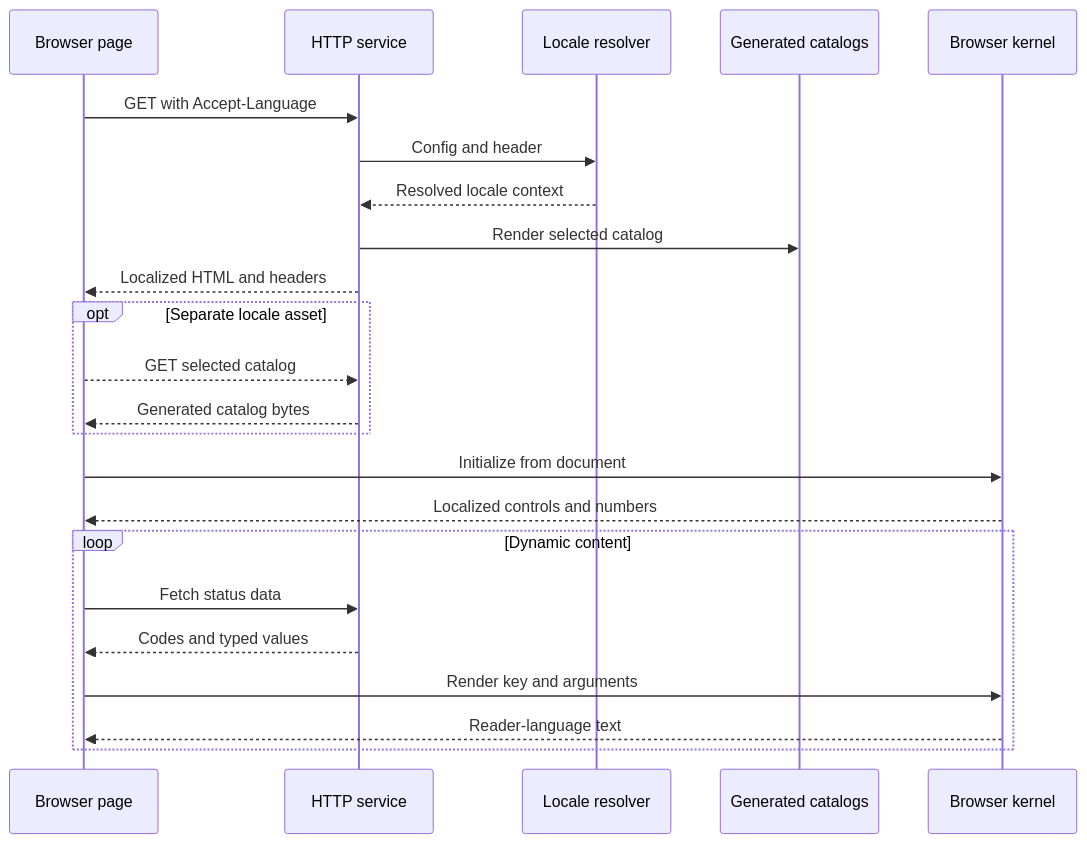
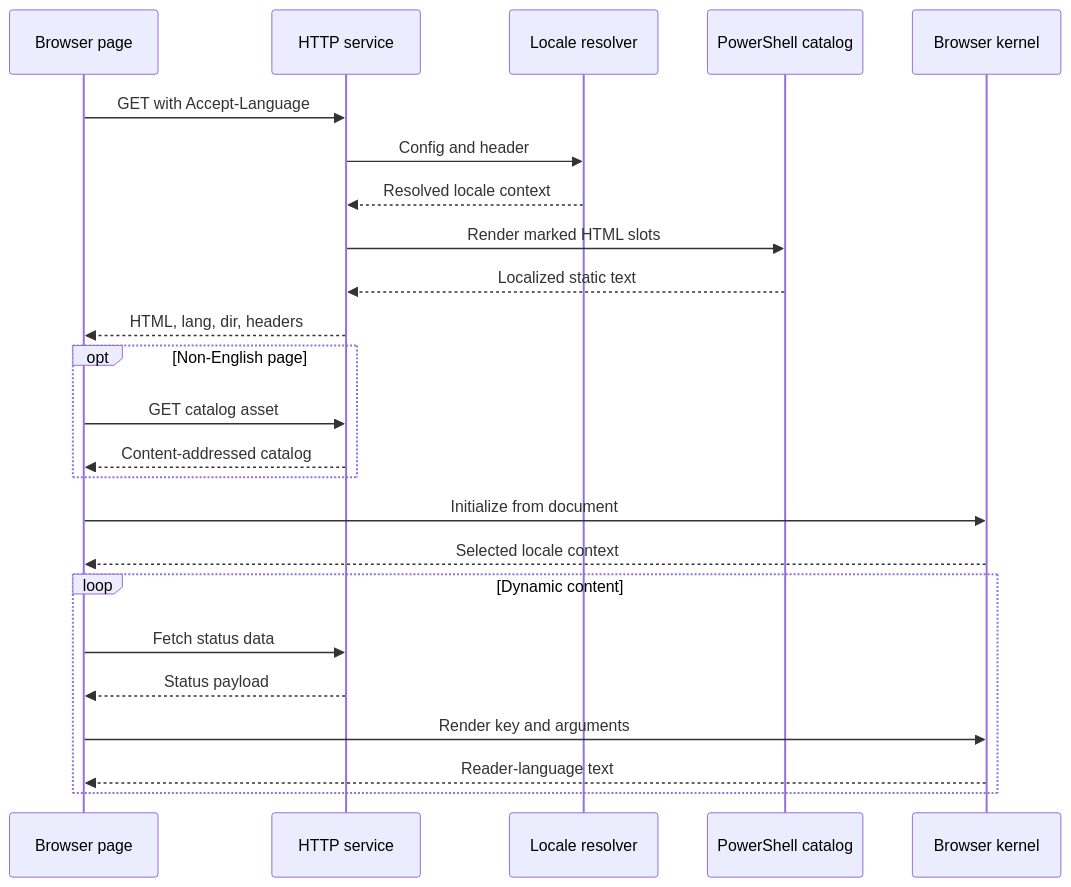
One commit to alissonsol/yuruna changed the third of 3 diagrams in docs/design/07-globalization.md. Above: the diagram before and after it, drawn with Mermaid. The commit also changed other lines of this file and 1304 other files, not shown here.

````diff
--- a/docs/design/07-globalization.md
+++ b/docs/design/07-globalization.md
@@ -103,26 +103,26 @@
 ```mermaid
 sequenceDiagram
     participant index-html as Browser page
     participant start-statusservice-ps1 as HTTP service
     participant test-locale-psm1 as Locale resolver
-    participant globalization-generated as Generated catalogs
+    participant test-catalog-psm1 as PowerShell catalog
     participant yuruna-i18n-js as Browser kernel
     index-html->>start-statusservice-ps1: GET with Accept-Language
     start-statusservice-ps1->>test-locale-psm1: Config and header
     test-locale-psm1-->>start-statusservice-ps1: Resolved locale context
-    start-statusservice-ps1->>globalization-generated: Render selected catalog
-    start-statusservice-ps1-->>index-html: Localized HTML and headers
-    %% optional: non-default external catalog
-    opt Separate locale asset
-        index-html-->>start-statusservice-ps1: GET selected catalog
-        start-statusservice-ps1-->>index-html: Generated catalog bytes
+    start-statusservice-ps1->>test-catalog-psm1: Render marked HTML slots
+    test-catalog-psm1-->>start-statusservice-ps1: Localized static text
+    start-statusservice-ps1-->>index-html: HTML, lang, dir, headers
+    opt Non-English page
+        index-html->>start-statusservice-ps1: GET catalog asset
+        start-statusservice-ps1-->>index-html: Content-addressed catalog
     end
     index-html->>yuruna-i18n-js: Initialize from document
-    yuruna-i18n-js-->>index-html: Localized controls and numbers
+    yuruna-i18n-js-->>index-html: Selected locale context
     loop Dynamic content
         index-html->>start-statusservice-ps1: Fetch status data
-        start-statusservice-ps1-->>index-html: Codes and typed values
+        start-statusservice-ps1-->>index-html: Status payload
         index-html->>yuruna-i18n-js: Render key and arguments
         yuruna-i18n-js-->>index-html: Reader-language text
     end
 ```
````
